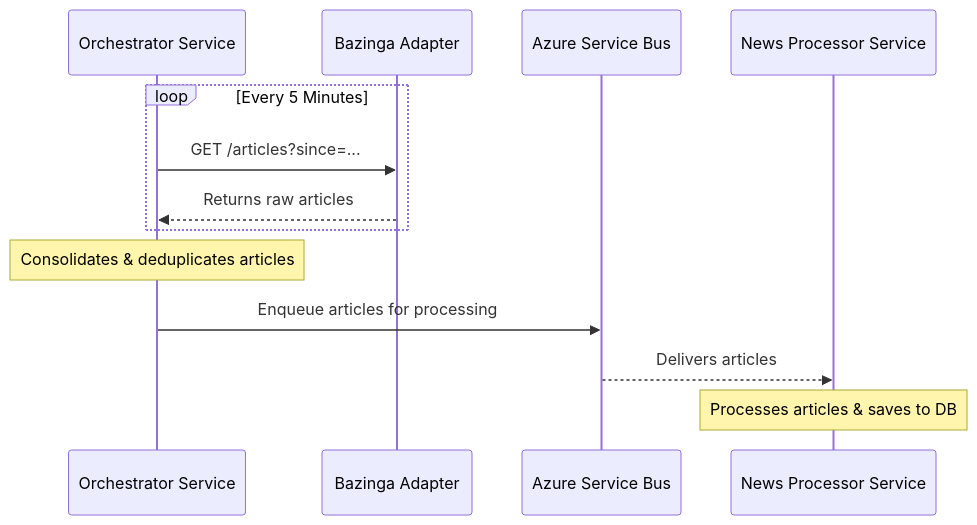
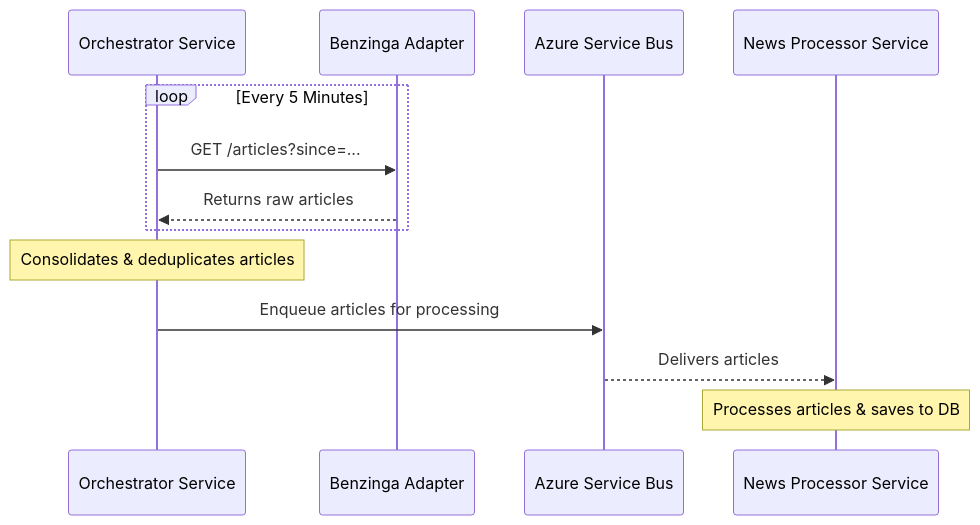
Before and after one commit to vladavilov/playground: the sixth of 8 diagrams in risk-analytics-agent/ai_docs/1_architecture/NewsSentimentService_SystemArchitecture.md, drawn with Mermaid. The commit also changed other lines of this file and 92 other files, not shown here.

````diff
--- a/risk-analytics-agent/ai_docs/1_architecture/NewsSentimentService_SystemArchitecture.md
+++ b/risk-analytics-agent/ai_docs/1_architecture/NewsSentimentService_SystemArchitecture.md
@@ -551,19 +577,19 @@
 ```mermaid
 sequenceDiagram
     participant OS as Orchestrator Service
-    participant BA as Bazinga Adapter
+    participant BA as Benzinga Adapter
     participant SB as Azure Service Bus
     participant NPS as News Processor Service
 
     loop Every 5 Minutes
         OS->>BA: GET /articles?since=...
         BA-->>OS: Returns raw articles
     end
 
     Note over OS: Consolidates & deduplicates articles
 
     OS->>SB: Enqueue articles for processing
     SB-->>NPS: Delivers articles
     
     Note over NPS: Processes articles & saves to DB
 ```
````
